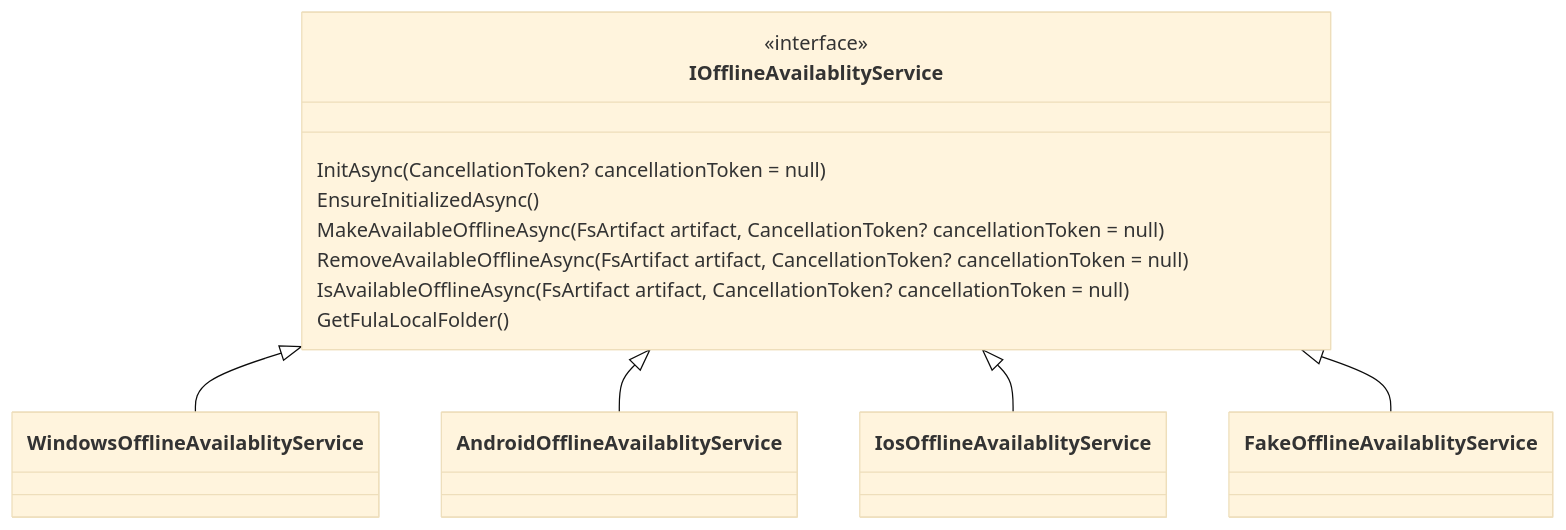
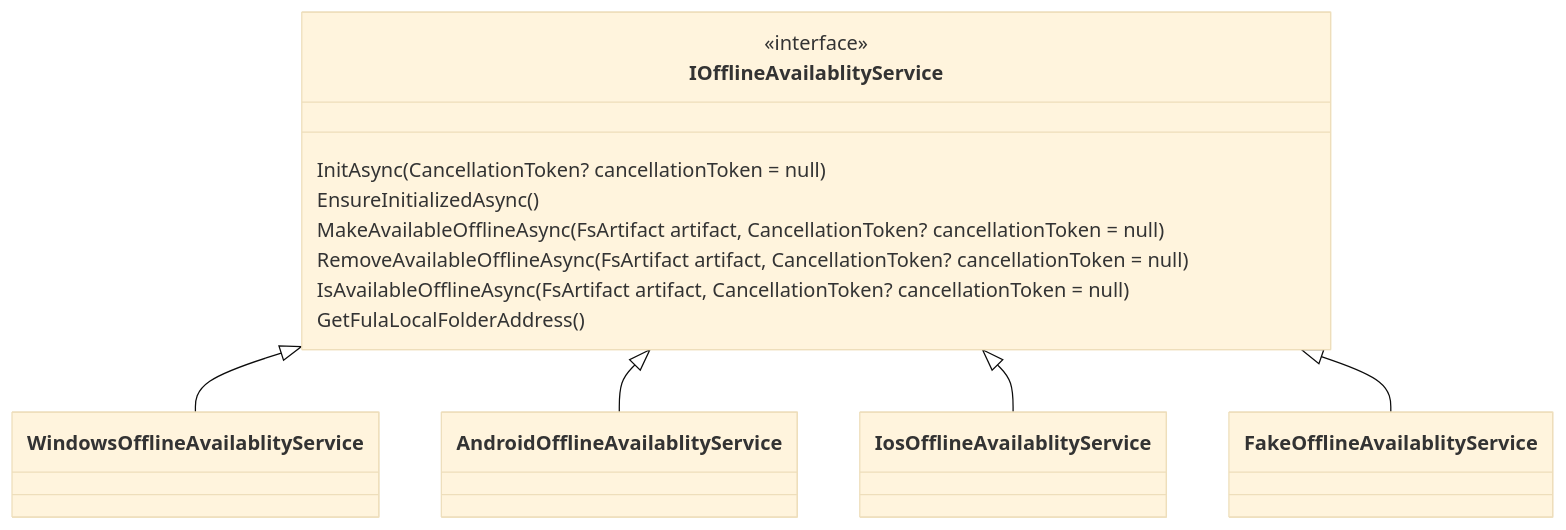
The fourth of 4 diagrams in docs/class-diagram-overview.md (functionland/fx-files), drawn with Mermaid (base theme) before and after one commit.

Commit message:
update OfflineAvailablityService document. ab#411

````diff
--- a/docs/class-diagram-overview.md
+++ b/docs/class-diagram-overview.md
@@ -79,17 +79,17 @@
 ```mermaid
 classDiagram
 IOfflineAvailablityService <|-- WindowsOfflineAvailablityService
 IOfflineAvailablityService <|-- AndroidOfflineAvailablityService
 IOfflineAvailablityService <|-- IosOfflineAvailablityService
 IOfflineAvailablityService <|-- FakeOfflineAvailablityService
 
 class IOfflineAvailablityService{
 <<interface>>
 InitAsync(CancellationToken? cancellationToken = null)
 EnsureInitializedAsync()
 MakeAvailableOfflineAsync(FsArtifact artifact, CancellationToken? cancellationToken = null)
 RemoveAvailableOfflineAsync(FsArtifact artifact, CancellationToken? cancellationToken = null)
 IsAvailableOfflineAsync(FsArtifact artifact, CancellationToken? cancellationToken = null)
-GetFulaLocalFolder()
+GetFulaLocalFolderAddress()
 }
 ```
````
